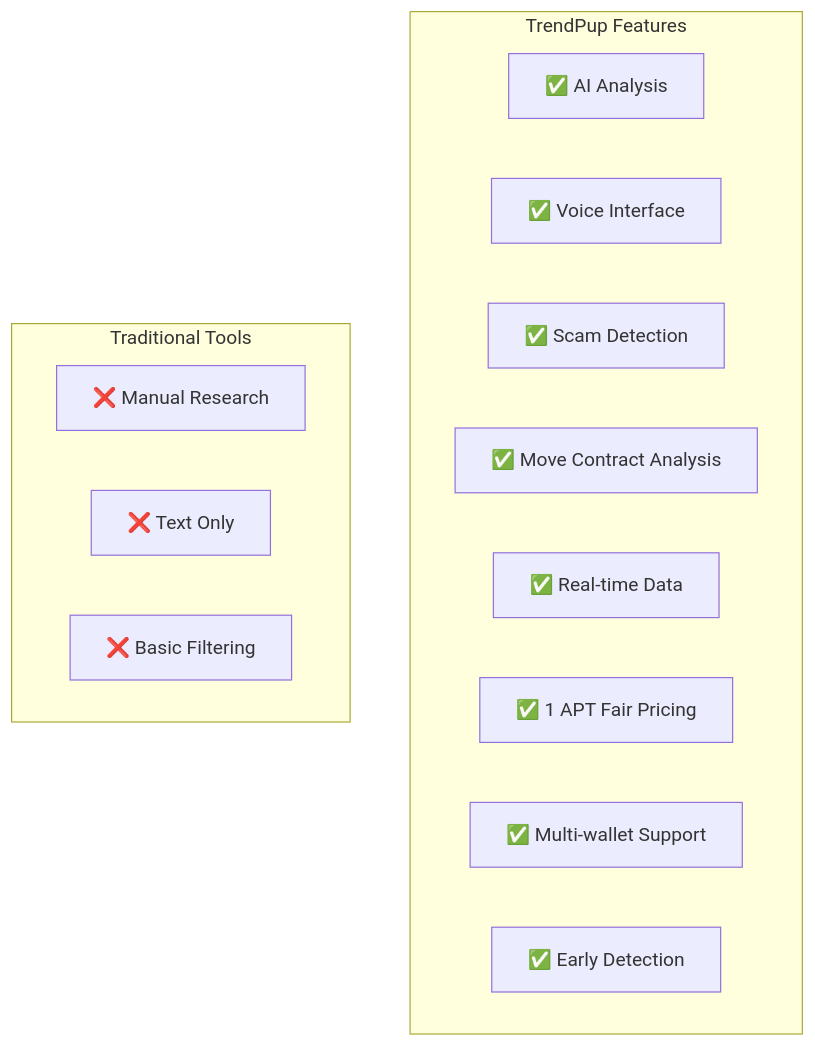
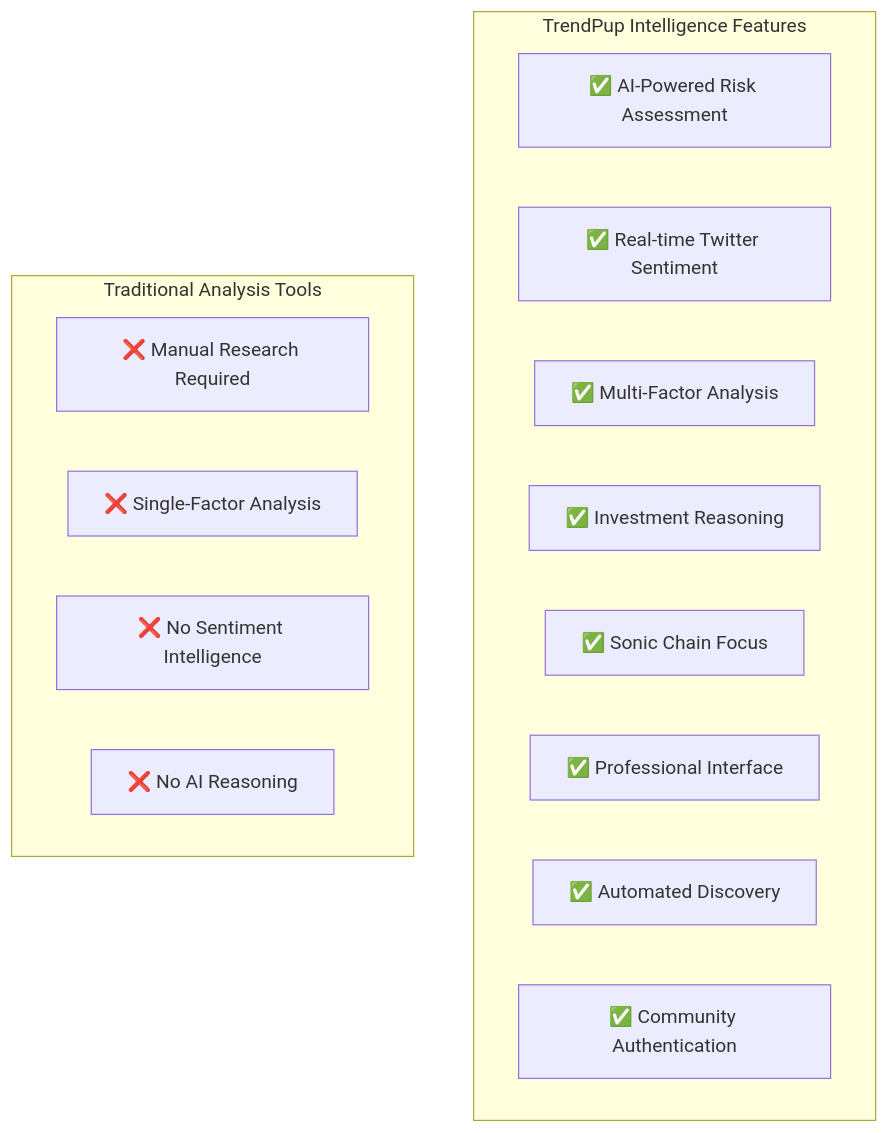
One commit to Spydiecy/Trendpup_Sonic changed the sixth of 8 diagrams in README.md. Above: the diagram before and after it, drawn with Mermaid. The commit also changed other lines of this file and 1 other file, not shown here.

````diff
--- a/README.md
+++ b/README.md
@@ -518,19 +478,20 @@
 ```mermaid
 graph TB
-    subgraph "TrendPup Features"
-        A[✅ AI Analysis]
-        B[✅ Voice Interface]
-        C[✅ Scam Detection]
-        D[✅ Move Contract Analysis]
-        E[✅ Real-time Data]
-        F[✅ 1 APT Fair Pricing]
-        G[✅ Multi-wallet Support]
-        H[✅ Early Detection]
+    subgraph "TrendPup Intelligence Features"
+        A[✅ AI-Powered Risk Assessment]
+        B[✅ Real-time Twitter Sentiment]
+        C[✅ Multi-Factor Analysis]
+        D[✅ Investment Reasoning]
+        E[✅ Sonic Chain Focus]
+        F[✅ Professional Interface]
+        G[✅ Automated Discovery]
+        H[✅ Community Authentication]
     end
     
-    subgraph "Traditional Tools"
-        I[❌ Manual Research]
-        J[❌ Text Only]
-        K[❌ Basic Filtering]
+    subgraph "Traditional Analysis Tools"
+        I[❌ Manual Research Required]
+        J[❌ Single-Factor Analysis]
+        K[❌ No Sentiment Intelligence]
+        L[❌ No AI Reasoning]
     end
 ```
````
